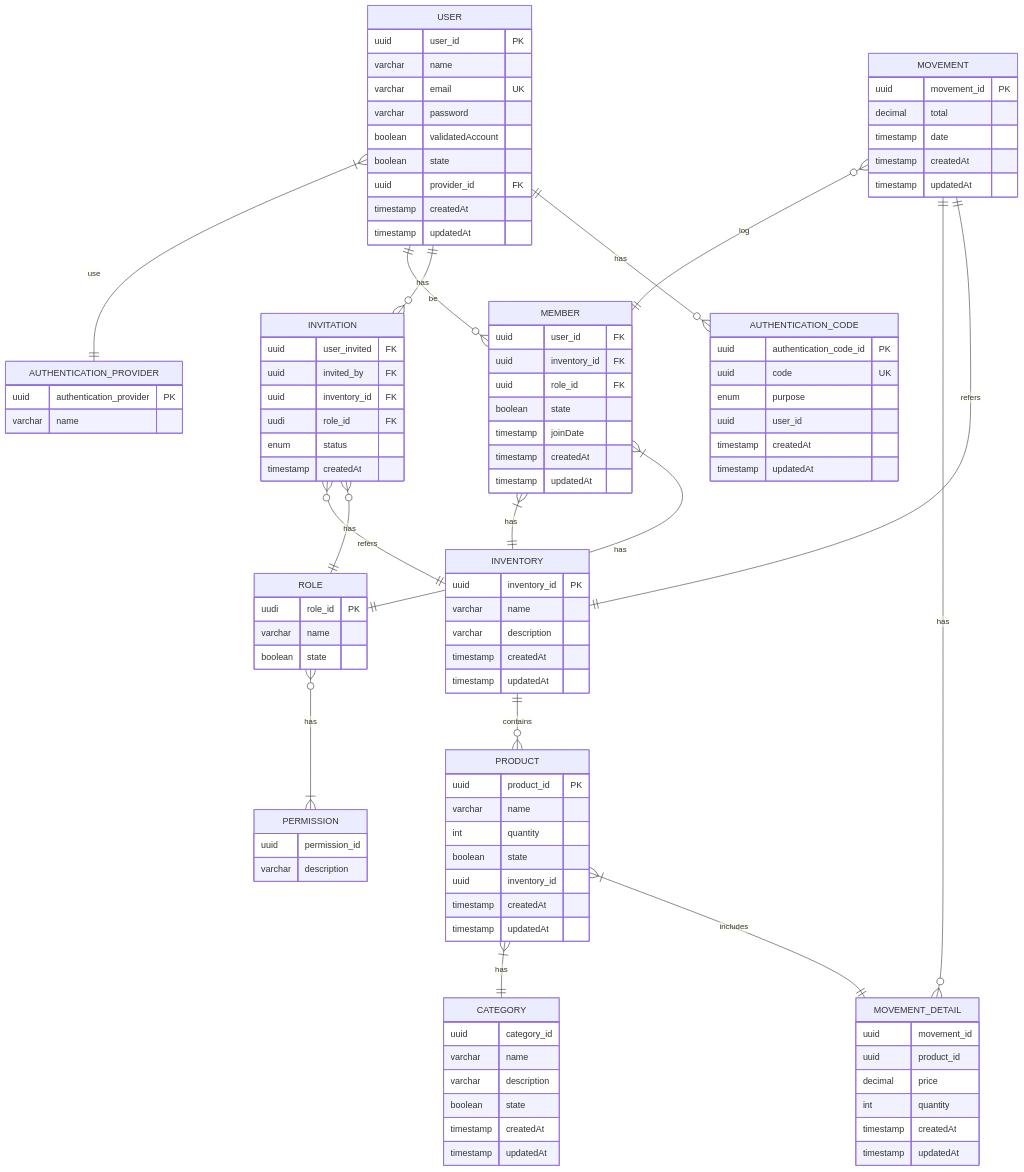
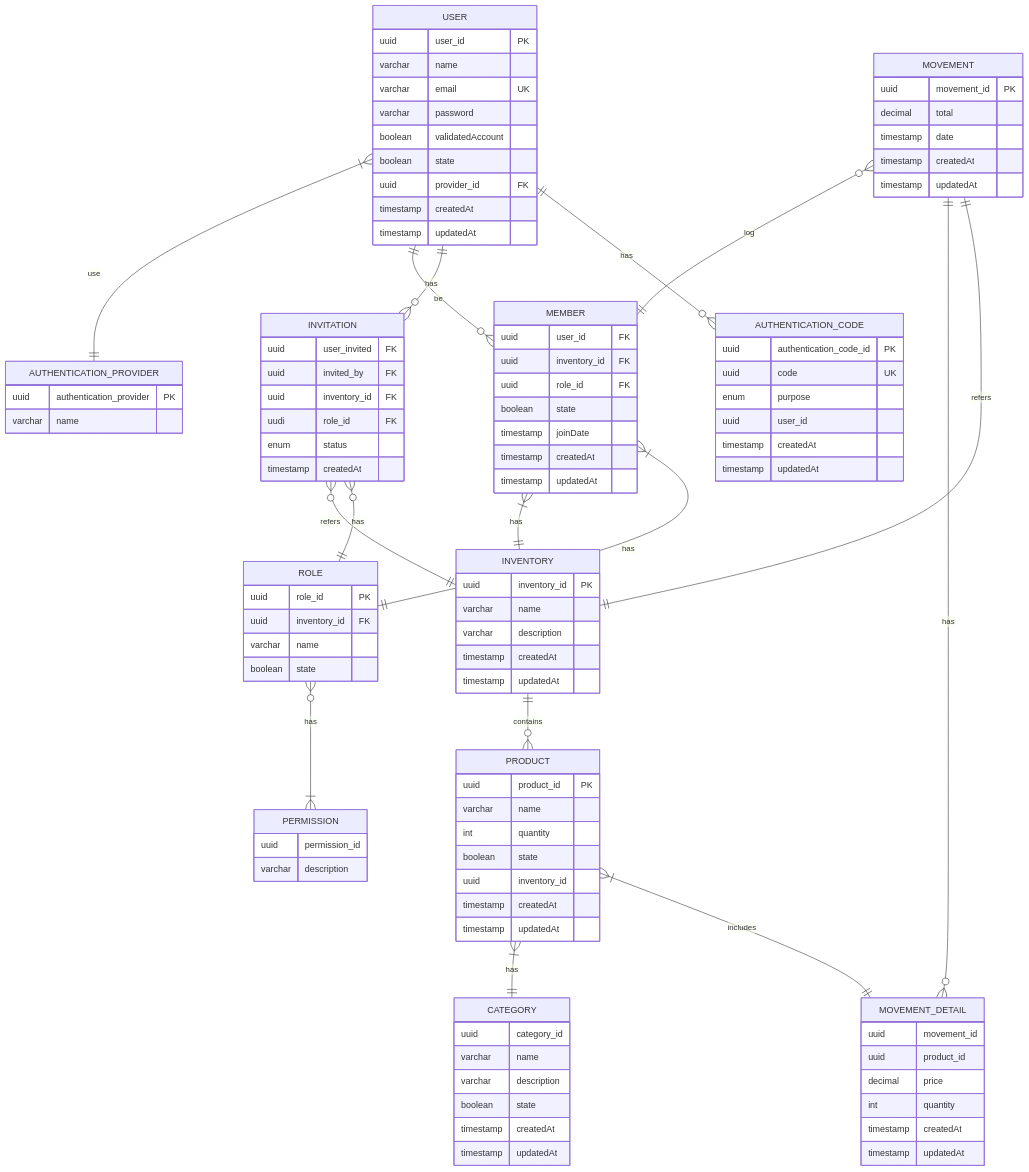
One commit to BrayanYinLin/bodegapp-pro changed the diagram in docs/model_diagrams/logic-erd.mmd. Above: the diagram before and after it, drawn with Mermaid. The commit also changed 2 other files, not shown here.

Commit message:
docs: create role docs

```diff
--- a/docs/model_diagrams/logic-erd.mmd
+++ b/docs/model_diagrams/logic-erd.mmd
@@ -1,118 +1,119 @@
 erDiagram
     direction TB
 
     USER }|--|| AUTHENTICATION_PROVIDER : use
     USER ||--o{ MEMBER: be
     USER ||--o{ INVITATION: has
     USER ||--o{ AUTHENTICATION_CODE: has
     USER {
       uuid user_id PK
       varchar name
       varchar email UK
       varchar password
       boolean validatedAccount
       boolean state
       uuid provider_id FK
       timestamp createdAt
       timestamp updatedAt
     }
 
     AUTHENTICATION_PROVIDER {
       uuid authentication_provider PK
       varchar name
     }
 
     AUTHENTICATION_CODE {
       uuid authentication_code_id PK
       uuid code UK
       enum purpose
       uuid user_id
       timestamp createdAt
       timestamp updatedAt
     }
     %% WHITE_LIST
     
     MEMBER }|--|| INVENTORY : has
     MEMBER }|--|| ROLE : has
     MEMBER {
       uuid user_id FK
       uuid inventory_id FK
       uuid role_id FK
       boolean state
       timestamp joinDate
       timestamp createdAt
       timestamp updatedAt
     }
     
     INVITATION }o--|| INVENTORY: refers
     INVITATION }o--|| ROLE: has
     INVITATION {
       uuid user_invited FK
       uuid invited_by FK
       uuid inventory_id FK
       uudi role_id FK
       enum status
       timestamp createdAt
     }
 
     INVENTORY ||--o{ PRODUCT : contains
     INVENTORY {
       uuid inventory_id PK
       varchar name
       varchar description
       timestamp createdAt
       timestamp updatedAt
     }
     
     ROLE }o--|{ PERMISSION: has
     ROLE {
-      uudi role_id PK
+      uuid role_id PK
+      uuid inventory_id FK
       varchar name
       boolean state
     }
 
     PERMISSION {
       uuid permission_id
       varchar description
     }
 
     PRODUCT }|--|| CATEGORY: has
     PRODUCT }|--|| MOVEMENT_DETAIL: includes
     PRODUCT {
       uuid product_id PK
       varchar name
       int quantity
       boolean state
       uuid inventory_id
       timestamp createdAt
       timestamp updatedAt
     }
 
     CATEGORY {
       uuid category_id
       varchar name
       varchar description
       boolean state
       timestamp createdAt
       timestamp updatedAt
     }
 
     MOVEMENT }o--|| MEMBER: log
     MOVEMENT ||--o{ MOVEMENT_DETAIL: has
     MOVEMENT ||--|| INVENTORY: refers
     MOVEMENT {
       uuid movement_id PK
       decimal total
       timestamp date
       timestamp createdAt
       timestamp updatedAt
     }
 
     MOVEMENT_DETAIL {
       uuid movement_id
       uuid product_id
       decimal price
       int quantity
       timestamp createdAt
       timestamp updatedAt
     }
```
